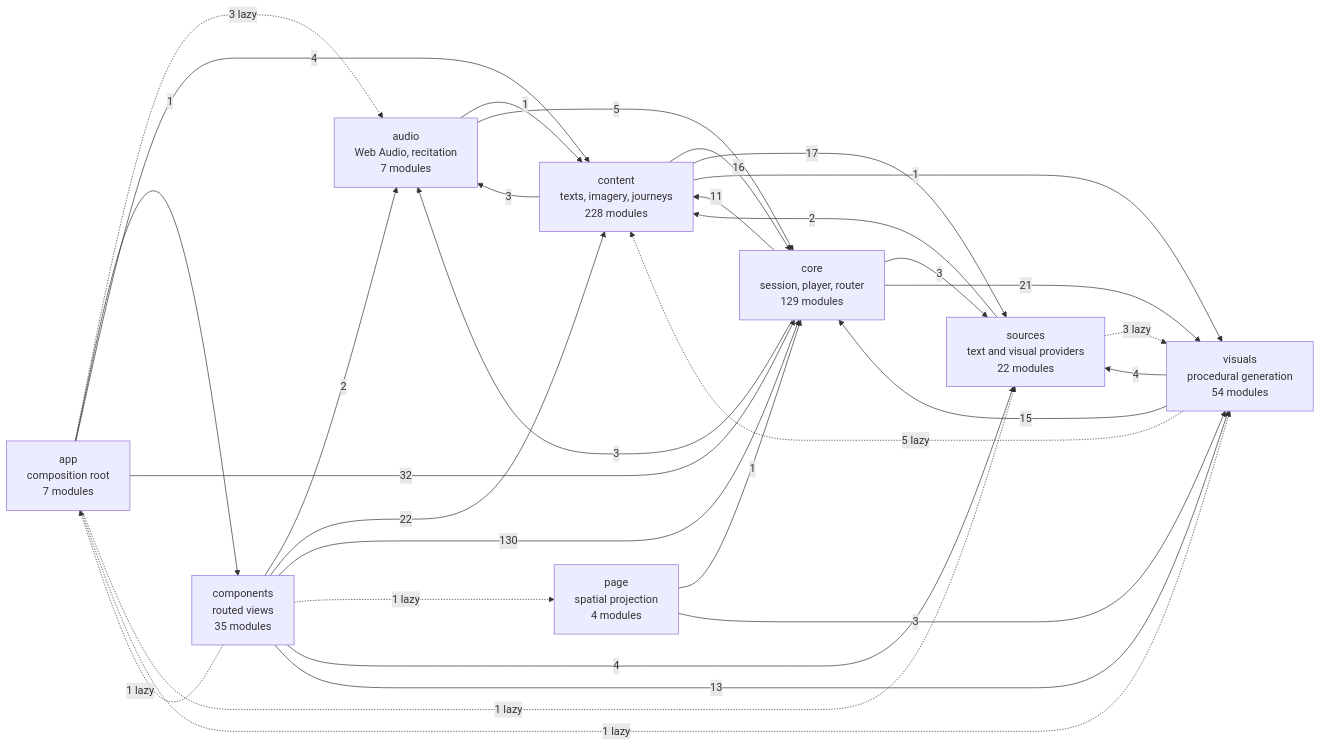
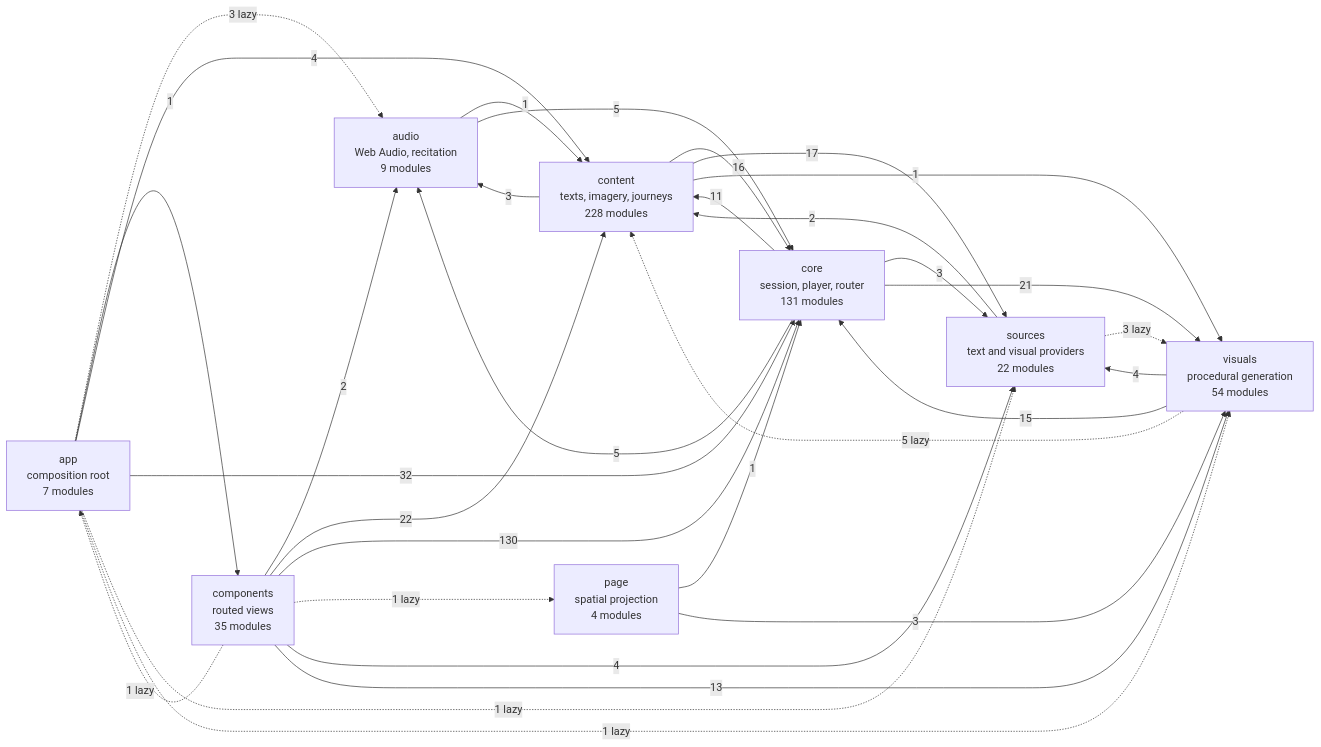
Before and after one commit to SyberLabs/RISE: the diagram in docs/specs/ARCHITECTURE.md, drawn with Mermaid.

Commit message:
Update generated architecture diagram

````diff
--- a/docs/specs/ARCHITECTURE.md
+++ b/docs/specs/ARCHITECTURE.md
@@ -160,42 +160,42 @@
 ```mermaid
 flowchart LR
     app["app<br/>composition root<br/>7 modules"]
-    audio["audio<br/>Web Audio, recitation<br/>7 modules"]
+    audio["audio<br/>Web Audio, recitation<br/>9 modules"]
     components["components<br/>routed views<br/>35 modules"]
     content["content<br/>texts, imagery, journeys<br/>228 modules"]
-    core["core<br/>session, player, router<br/>129 modules"]
+    core["core<br/>session, player, router<br/>131 modules"]
     page["page<br/>spatial projection<br/>4 modules"]
     sources["sources<br/>text and visual providers<br/>22 modules"]
     visuals["visuals<br/>procedural generation<br/>54 modules"]
 
     app -.-> |3 lazy| audio
     app --> |1| components
     app --> |4| content
     app --> |32| core
     app -.-> |1 lazy| sources
     app -.-> |1 lazy| visuals
     audio --> |1| content
     audio --> |5| core
     components -.-> |1 lazy| app
     components --> |2| audio
     components --> |22| content
     components --> |130| core
     components -.-> |1 lazy| page
     components --> |4| sources
     components --> |13| visuals
     content --> |3| audio
     content --> |16| core
     content --> |17| sources
     content --> |1| visuals
-    core --> |3| audio
+    core --> |5| audio
     core --> |11| content
     core --> |3| sources
     core --> |21| visuals
     page --> |1| core
     page --> |3| visuals
     sources --> |2| content
     sources -.-> |3 lazy| visuals
     visuals -.-> |5 lazy| content
     visuals --> |15| core
     visuals --> |4| sources
 ```
````
